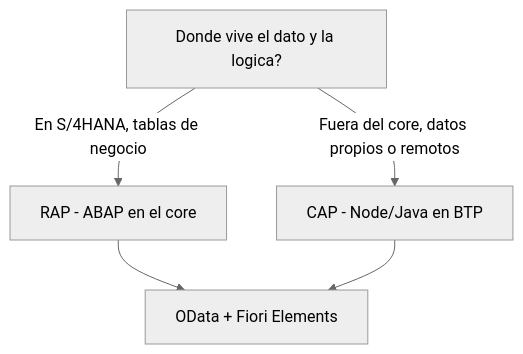
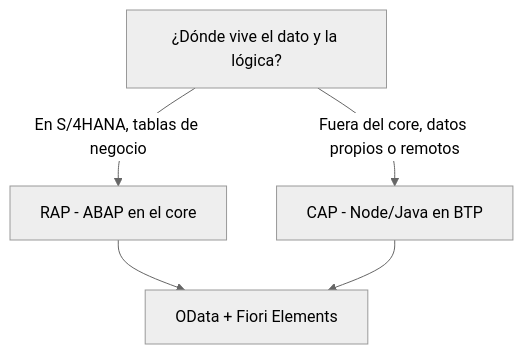
The diagram in es/cap-vs-rap.mdx (logalitech/blog-content), drawn with Mermaid (neutral theme) before and after one commit. The commit also changed other lines of this file and 49 other files, not shown here.

````diff
--- a/es/cap-vs-rap.mdx
+++ b/es/cap-vs-rap.mdx
@@ -20,7 +20,7 @@
 ```mermaid
 flowchart TD
- Q["Donde vive el dato y la logica?"] -->|"En S/4HANA, tablas de negocio"| RAP["RAP - ABAP en el core"]
+ Q["¿Dónde vive el dato y la lógica?"] -->|"En S/4HANA, tablas de negocio"| RAP["RAP - ABAP en el core"]
  Q -->|"Fuera del core, datos propios o remotos"| CAP["CAP - Node/Java en BTP"]
  RAP --> F["OData + Fiori Elements"]
  CAP --> F
 ```
````
